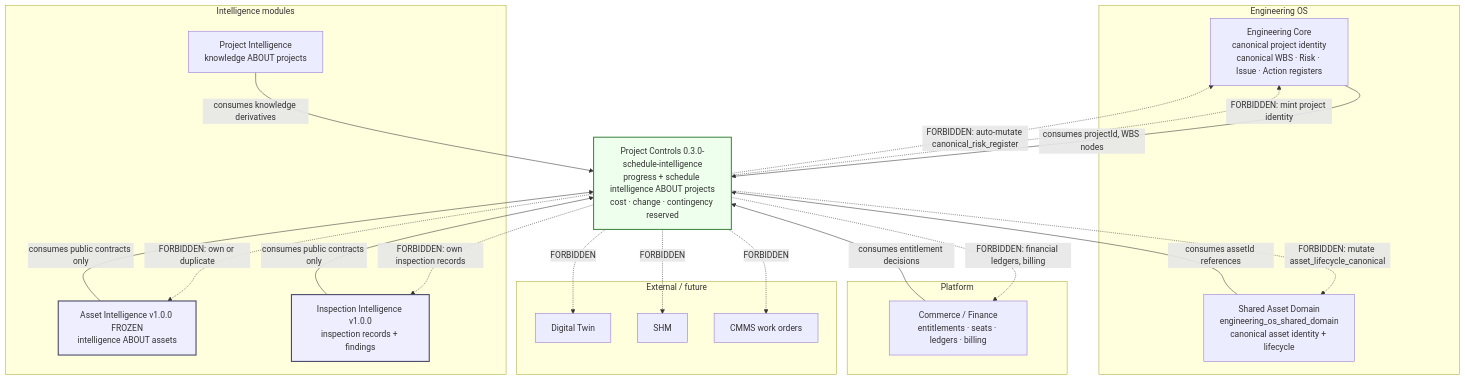
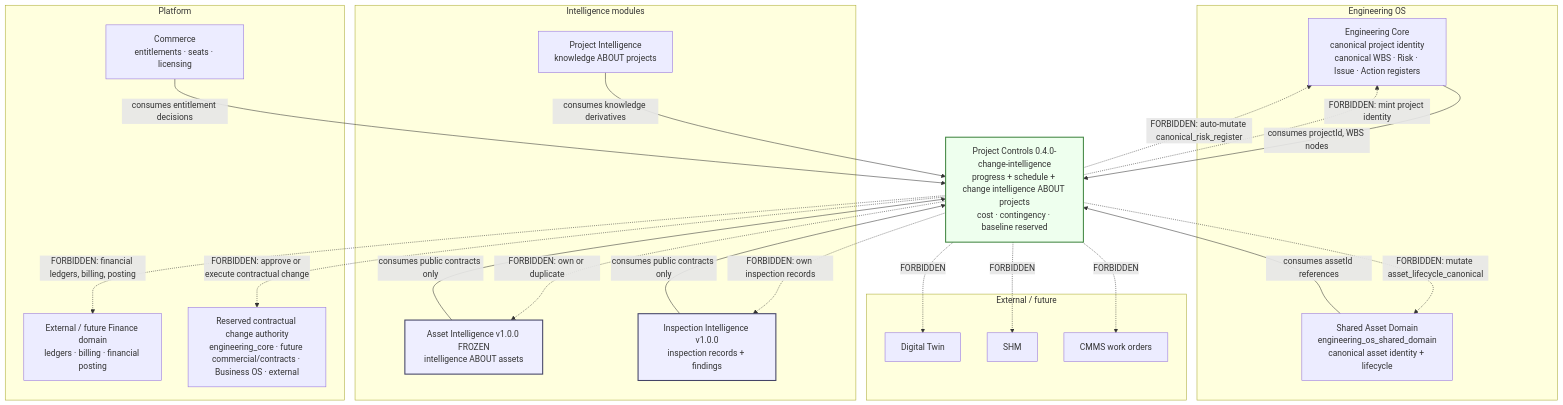
The diagram in docs/architecture/PROJECT_CONTROLS_BOUNDARY_MAP.md (sberso2026/AI-Platform), drawn with Mermaid before and after one commit. The commit also changed other lines of this file and 36 other files, not shown here.

First line of the commit message:
Implement Phase 11D change intelligence with governed Project Profile integration.

````diff
--- a/docs/architecture/PROJECT_CONTROLS_BOUNDARY_MAP.md
+++ b/docs/architecture/PROJECT_CONTROLS_BOUNDARY_MAP.md
@@ -11,47 +11,50 @@
 ```mermaid
 flowchart TB
   subgraph EOS["Engineering OS"]
     CORE["Engineering Core<br/>canonical project identity<br/>canonical WBS · Risk · Issue · Action registers"]
     SHARED["Shared Asset Domain<br/>engineering_os_shared_domain<br/>canonical asset identity + lifecycle"]
   end
 
   subgraph MODULES["Intelligence modules"]
     PI["Project Intelligence<br/>knowledge ABOUT projects"]
     AI["Asset Intelligence v1.0.0 FROZEN<br/>intelligence ABOUT assets"]
     II["Inspection Intelligence v1.0.0<br/>inspection records + findings"]
   end
 
   subgraph PLATFORM["Platform"]
-    COMMERCE["Commerce / Finance<br/>entitlements · seats · ledgers · billing"]
+    COMMERCE["Commerce<br/>entitlements · seats · licensing"]
+    FINANCE["External / future Finance domain<br/>ledgers · billing · financial posting"]
+    CONTRACTS["Reserved contractual change authority<br/>engineering_core · future commercial/contracts · Business OS · external"]
   end
 
   subgraph EXTERNAL["External / future"]
     TWIN["Digital Twin"]
     SHM["SHM"]
     CMMS["CMMS work orders"]
   end
 
-  PC["Project Controls 0.3.0-schedule-intelligence<br/>progress + schedule intelligence ABOUT projects<br/>cost · change · contingency reserved"]
+  PC["Project Controls 0.4.0-change-intelligence<br/>progress + schedule + change intelligence ABOUT projects<br/>cost · contingency · baseline reserved"]
 
   CORE -->|consumes projectId, WBS nodes| PC
   PI -->|consumes knowledge derivatives| PC
   AI -->|consumes public contracts only| PC
   II -->|consumes public contracts only| PC
   COMMERCE -->|consumes entitlement decisions| PC
   SHARED -->|consumes assetId references| PC
 
   PC -.->|FORBIDDEN: mint project identity| CORE
   PC -.->|FORBIDDEN: auto-mutate canonical_risk_register| CORE
   PC -.->|FORBIDDEN: mutate asset_lifecycle_canonical| SHARED
   PC -.->|FORBIDDEN: own or duplicate| AI
   PC -.->|FORBIDDEN: own inspection records| II
-  PC -.->|FORBIDDEN: financial ledgers, billing| COMMERCE
+  PC -.->|FORBIDDEN: financial ledgers, billing, posting| FINANCE
+  PC -.->|FORBIDDEN: approve or execute contractual change| CONTRACTS
   PC -.->|FORBIDDEN| TWIN
   PC -.->|FORBIDDEN| SHM
   PC -.->|FORBIDDEN| CMMS
 
   classDef frozen fill:#eef,stroke:#446,stroke-width:2px;
   classDef pc fill:#efe,stroke:#484,stroke-width:2px;
   class AI,II frozen;
   class PC pc;
 ```
````
